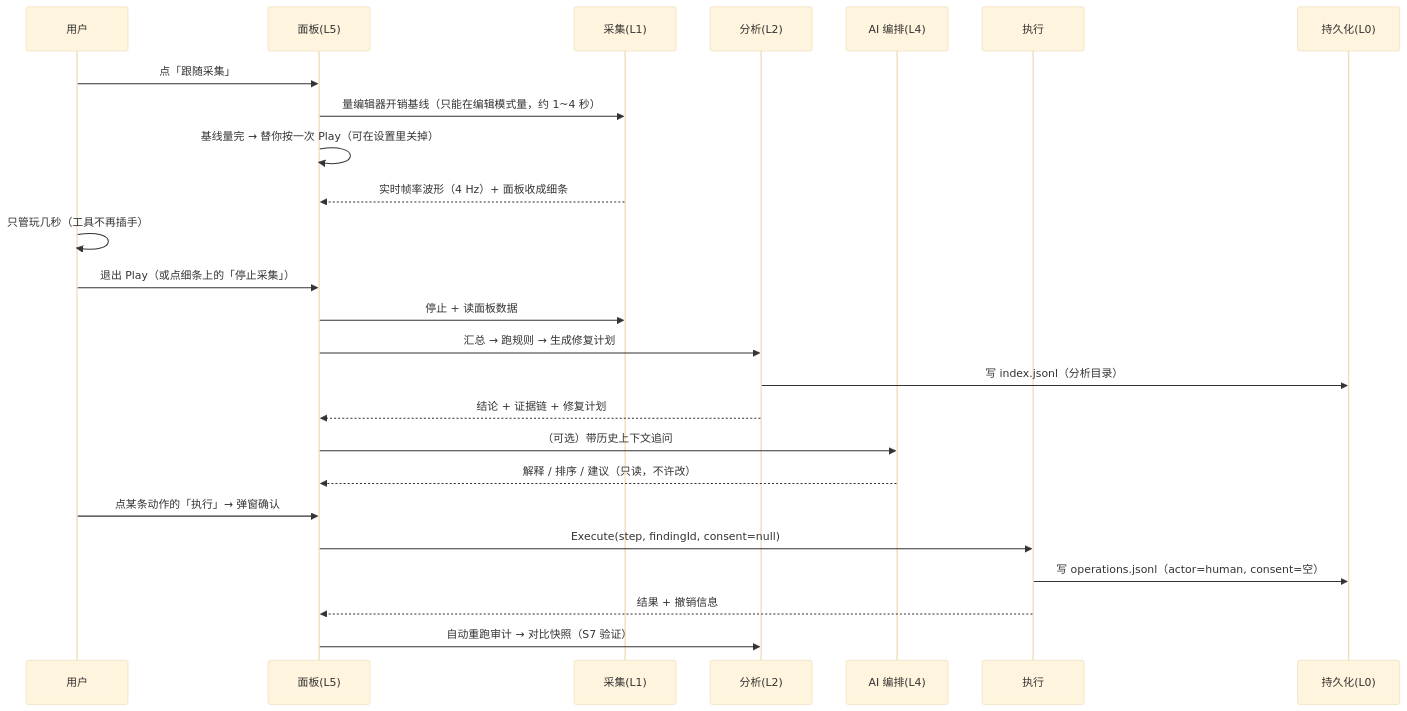
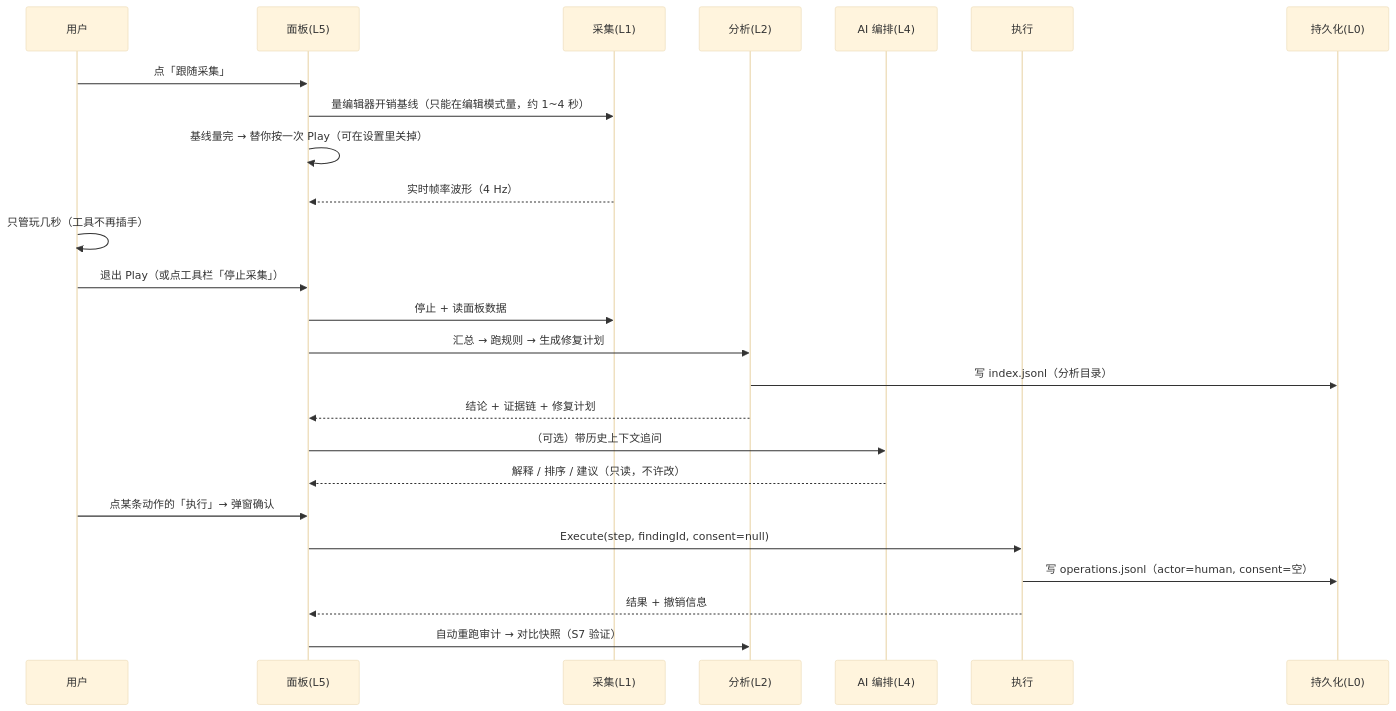
The diagram in Assets/PerfAgent/架构与SOP.md (MothCyan/PerfAgent-Unity), drawn with Mermaid (base theme) before and after one commit. The commit also changed other lines of this file and 10 other files, not shown here.

````diff
--- a/Assets/PerfAgent/架构与SOP.md
+++ b/Assets/PerfAgent/架构与SOP.md
@@ -64,28 +64,28 @@
 ```mermaid
 sequenceDiagram
     participant U as 用户
     participant W as 面板(L5)
     participant C as 采集(L1)
     participant A as 分析(L2)
     participant AI as AI 编排(L4)
     participant X as 执行
     participant G as 持久化(L0)
 
     U->>W: 点「跟随采集」
     W->>C: 量编辑器开销基线（只能在编辑模式量，约 1~4 秒）
     W->>W: 基线量完 → 替你按一次 Play（可在设置里关掉）
-    C-->>W: 实时帧率波形（4 Hz）+ 面板收成细条
+    C-->>W: 实时帧率波形（4 Hz）
     U->>U: 只管玩几秒（工具不再插手）
-    U->>W: 退出 Play（或点细条上的「停止采集」）
+    U->>W: 退出 Play（或点工具栏「停止采集」）
     W->>C: 停止 + 读面板数据
     W->>A: 汇总 → 跑规则 → 生成修复计划
     A->>G: 写 index.jsonl（分析目录）
     A-->>W: 结论 + 证据链 + 修复计划
     W->>AI: （可选）带历史上下文追问
     AI-->>W: 解释 / 排序 / 建议（只读，不许改）
     U->>W: 点某条动作的「执行」→ 弹窗确认
     W->>X: Execute(step, findingId, consent=null)
     X->>G: 写 operations.jsonl（actor=human, consent=空）
     X-->>W: 结果 + 撤销信息
     W->>A: 自动重跑审计 → 对比快照（S7 验证）
 ```
````
